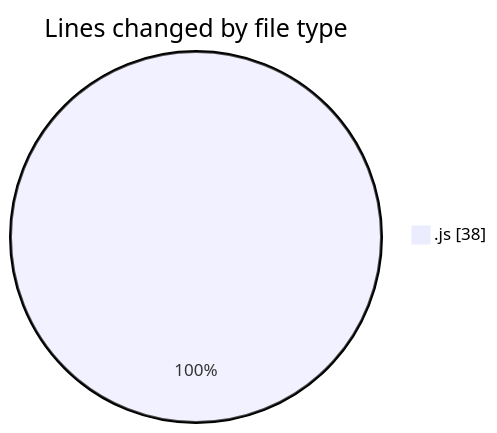
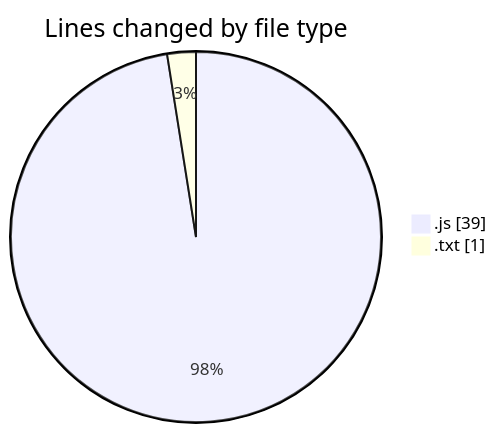
One commit to BS-eng2023/code-tracking changed the first of 2 diagrams in 2025-03-17/02-parsing-request-bodies/README.md. Above: the diagram before and after it, drawn with Mermaid. The commit also changed other lines of this file and 1 other file, not shown here.

````diff
--- a/2025-03-17/02-parsing-request-bodies/README.md
+++ b/2025-03-17/02-parsing-request-bodies/README.md
@@ -20,5 +21,6 @@
 ```mermaid
 pie showData
 title Lines changed by file type
-".js" : 38
+".js" : 39
+".txt" : 1
 ```
````
